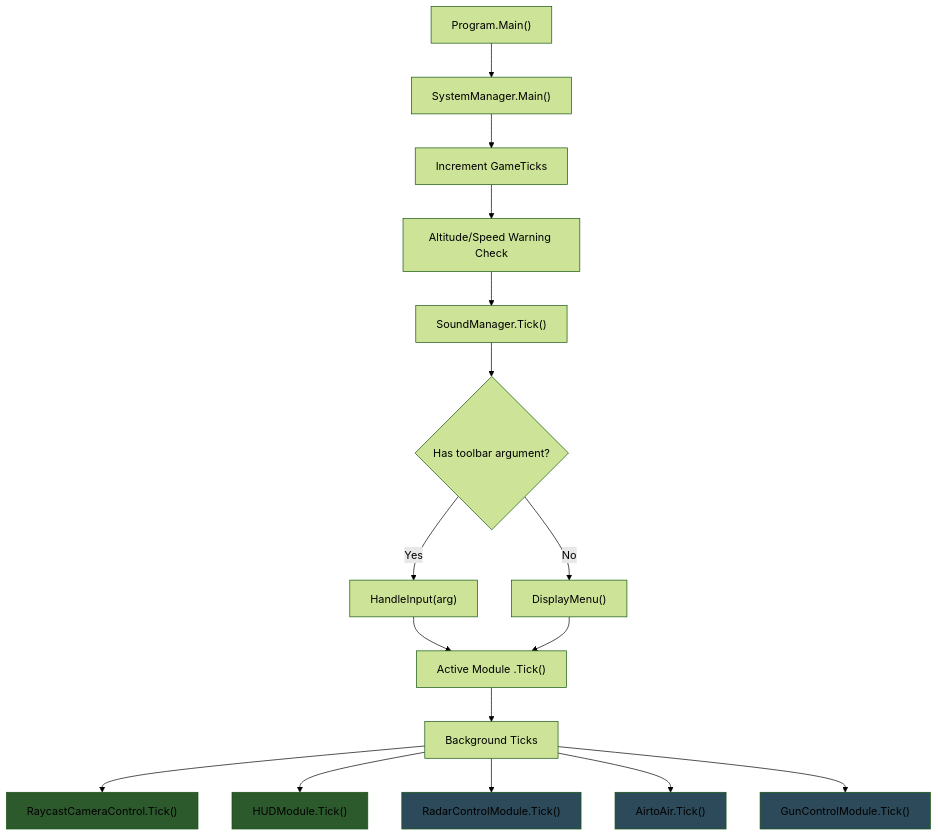
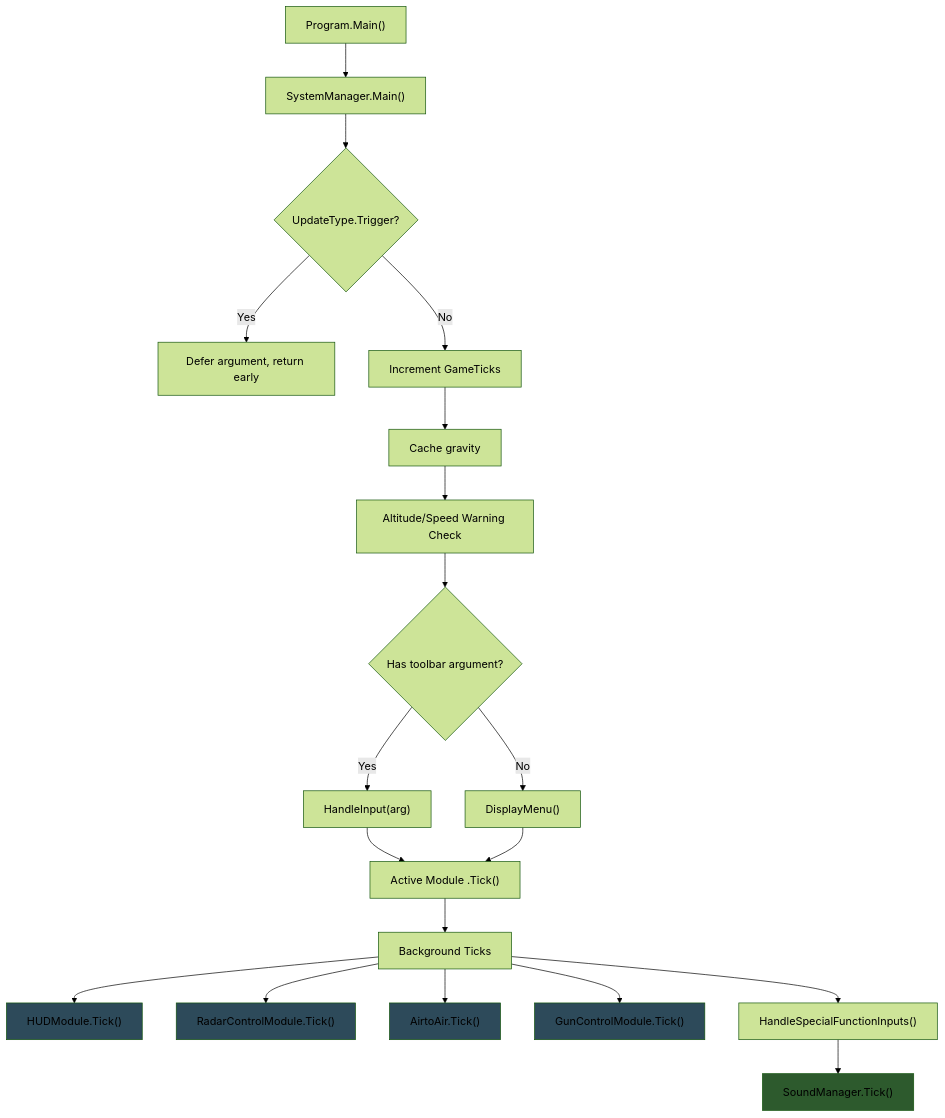
One commit to Terilia/JetOS changed the first of 6 diagrams in docs/architecture.md. Above: the diagram before and after it, drawn with Mermaid (forest theme). The commit also changed other lines of this file and 45 other files, not shown here.

````diff
--- a/docs/architecture.md
+++ b/docs/architecture.md
@@ -7,25 +7,27 @@
 ```mermaid
 flowchart TD
     A["Program.Main()"] --> B["SystemManager.Main()"]
-    B --> C["Increment GameTicks"]
-    C --> D["Altitude/Speed Warning Check"]
-    D --> E["SoundManager.Tick()"]
-    E --> F{Has toolbar argument?}
+    B --> T{"UpdateType.Trigger?"}
+    T -- Yes --> DEFER["Defer argument, return early"]
+    T -- No --> C["Increment GameTicks"]
+    C --> G1["Cache gravity"]
+    G1 --> D["Altitude/Speed Warning Check"]
+    D --> F{Has toolbar argument?}
     F -- Yes --> G["HandleInput(arg)"]
     F -- No --> H["DisplayMenu()"]
     G --> I["Active Module .Tick()"]
     H --> I
     I --> J["Background Ticks"]
-
-    J --> J1["RaycastCameraControl.Tick()"]
     J --> J2["HUDModule.Tick()"]
     J --> J3["RadarControlModule.Tick()"]
     J --> J4["AirtoAir.Tick()"]
     J --> J5["GunControlModule.Tick()"]
+    J --> SP["HandleSpecialFunctionInputs()"]
+    SP --> SND["SoundManager.Tick()"]
 
-    style J1 fill:#2d5a2d
-    style J2 fill:#2d5a2d
+    style J2 fill:#2d4a5a
     style J3 fill:#2d4a5a
     style J4 fill:#2d4a5a
     style J5 fill:#2d4a5a
+    style SND fill:#2d5a2d
 ```
````
